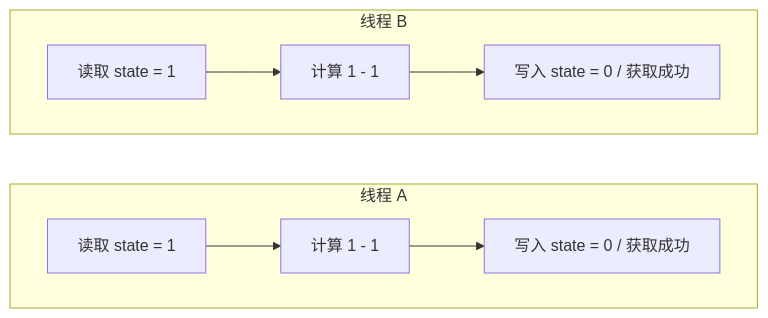
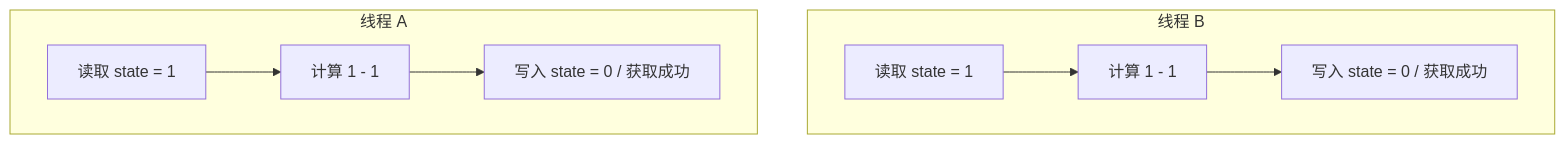
One commit to rebibabo/rebibabo.github.io changed the diagram in images/Java-concurrency/IMG-20260707-000057.mmd. Above: the diagram before and after it, drawn with Mermaid. The commit also changed 304 other files, not shown here.

```diff
--- a/images/Java-concurrency/IMG-20260707-000057.mmd
+++ b/images/Java-concurrency/IMG-20260707-000057.mmd
@@ -1,11 +1,11 @@
 graph LR
     subgraph A["线程 A"]
         direction LR
         A1["读取 state = 1"] --> A2["计算 1 - 1"]
         A2 --> A3["写入 state = 0 / 获取成功"]
     end
     subgraph B["线程 B"]
         direction LR
         B1["读取 state = 1"] --> B2["计算 1 - 1"]
         B2 --> B3["写入 state = 0 / 获取成功"]
-    end
+    end    A1 ~~~ B1
```
